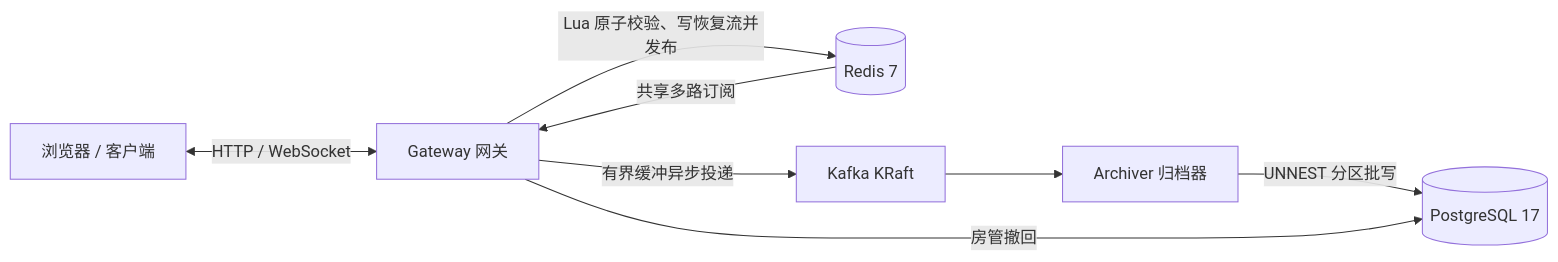
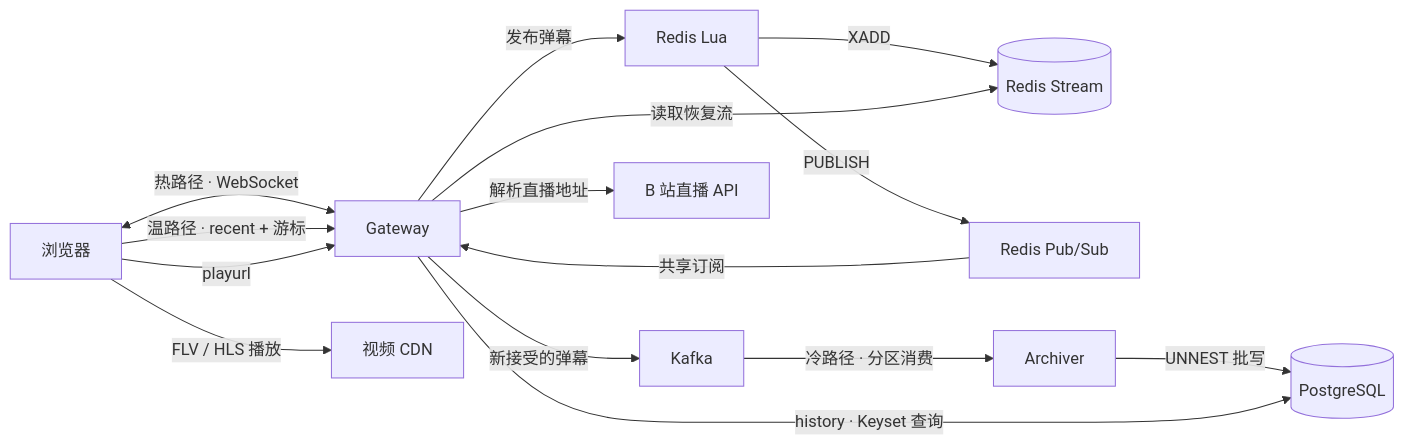
Before and after one commit to SctHy/live-stream-danmaku: the diagram in README.md, drawn with Mermaid. The commit also changed other lines of this file and 3 other files, not shown here.

````diff
--- a/README.md
+++ b/README.md
@@ -9,10 +7,17 @@
 ```mermaid
 flowchart LR
-    B[浏览器 / 客户端] <-->|HTTP / WebSocket| G[Gateway 网关]
-    G -->|Lua 原子校验、写恢复流并发布| R[(Redis 7)]
-    R -->|共享多路订阅| G
-    G -->|有界缓冲异步投递| K[Kafka KRaft]
-    K --> A[Archiver 归档器]
-    A -->|UNNEST 分区批写| P[(PostgreSQL 17)]
-    G -->|房管撤回| P
+    B[浏览器] <-->|热路径 · WebSocket| G[Gateway]
+    G -->|发布弹幕| L[Redis Lua]
+    L -->|XADD| S[(Redis Stream)]
+    L -->|PUBLISH| R[Redis Pub/Sub]
+    R -->|共享订阅| G
+    B -->|温路径 · recent + 游标| G
+    G -->|读取恢复流| S
+    G -->|新接受的弹幕| K[Kafka]
+    K -->|冷路径 · 分区消费| A[Archiver]
+    A -->|UNNEST 批写| P[(PostgreSQL)]
+    G -->|history · Keyset 查询| P
+    B -->|playurl| G
+    G -->|解析直播地址| U[B 站直播 API]
+    B -->|FLV / HLS 播放| CDN[视频 CDN]
 ```
````
